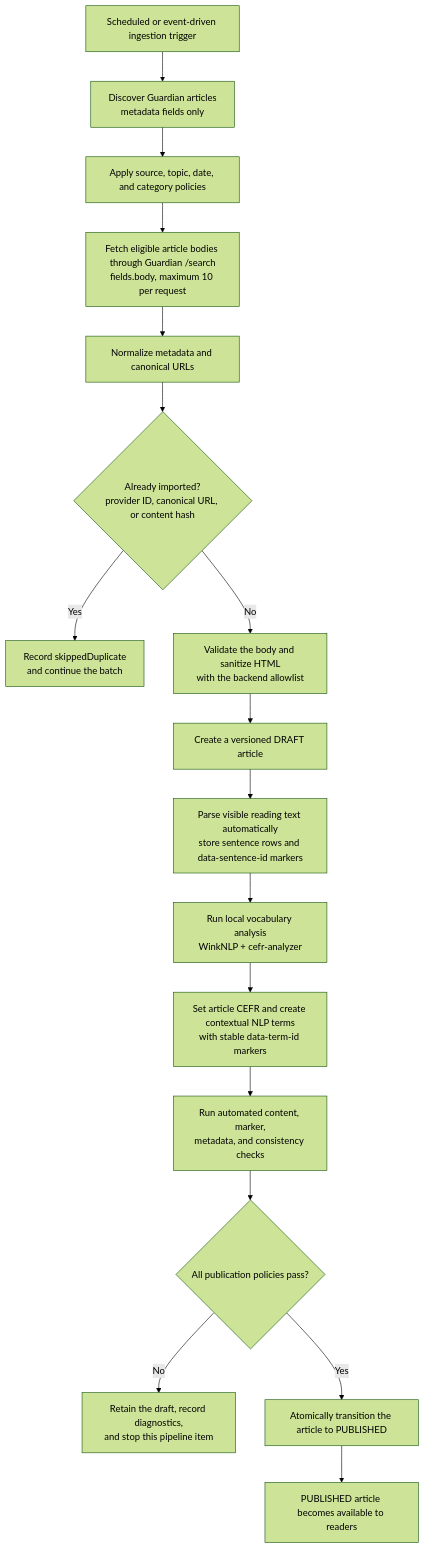
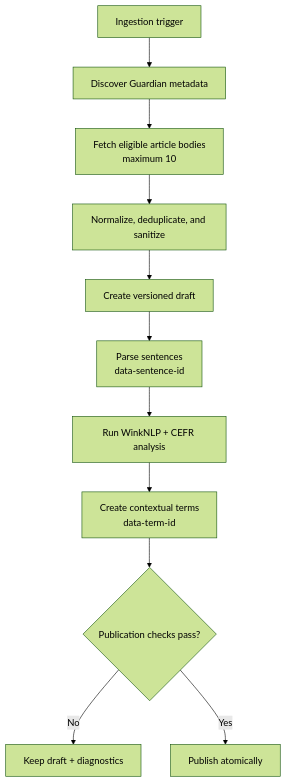
Before and after one commit to gminh715/vocab-mate: the first of 2 diagrams in README.md, drawn with Mermaid (forest theme). The commit also changed other lines of this file, not shown here.

````diff
--- a/README.md
+++ b/README.md
@@ -70,19 +42,13 @@
 ```mermaid
 flowchart TD
-    A["Scheduled or event-driven ingestion trigger"] --> B["Discover Guardian articles<br/>metadata fields only"]
-    B --> C["Apply source, topic, date, and category policies"]
-    C --> D["Fetch eligible article bodies through Guardian /search<br/>fields.body, maximum 10 per request"]
-    D --> E["Normalize metadata and canonical URLs"]
-    E --> F{"Already imported?<br/>provider ID, canonical URL, or content hash"}
-    F -- Yes --> G["Record skippedDuplicate<br/>and continue the batch"]
-    F -- No --> H["Validate the body and sanitize HTML<br/>with the backend allowlist"]
-    H --> I["Create a versioned DRAFT article"]
-    I --> J["Parse visible reading text automatically<br/>store sentence rows and data-sentence-id markers"]
-    J --> K["Run local vocabulary analysis<br/>WinkNLP + cefr-analyzer"]
-    K --> L["Set article CEFR and create contextual NLP terms<br/>with stable data-term-id markers"]
-    L --> M["Run automated content, marker,<br/>metadata, and consistency checks"]
-    M --> N{"All publication policies pass?"}
-    N -- No --> Q["Retain the draft, record diagnostics,<br/>and stop this pipeline item"]
-    N -- Yes --> O["Atomically transition the article to PUBLISHED"]
-    O --> P["PUBLISHED article becomes available to readers"]
+    A["Ingestion trigger"] --> B["Discover Guardian metadata"]
+    B --> C["Fetch eligible article bodies<br/>maximum 10"]
+    C --> D["Normalize, deduplicate, and sanitize"]
+    D --> E["Create versioned draft"]
+    E --> F["Parse sentences<br/>data-sentence-id"]
+    F --> G["Run WinkNLP + CEFR analysis"]
+    G --> H["Create contextual terms<br/>data-term-id"]
+    H --> I{"Publication checks pass?"}
+    I -- No --> J["Keep draft + diagnostics"]
+    I -- Yes --> K["Publish atomically"]
 ```
````
